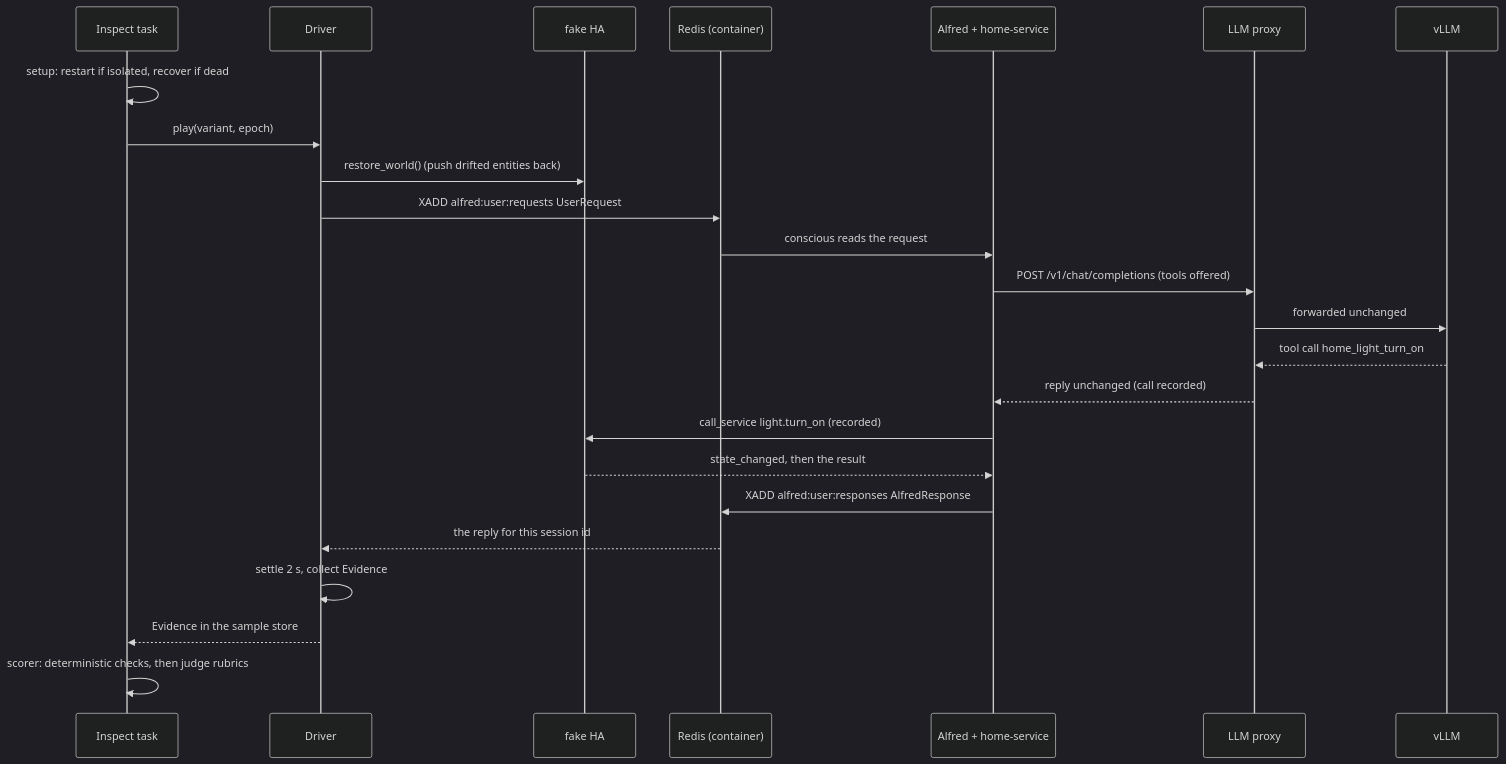
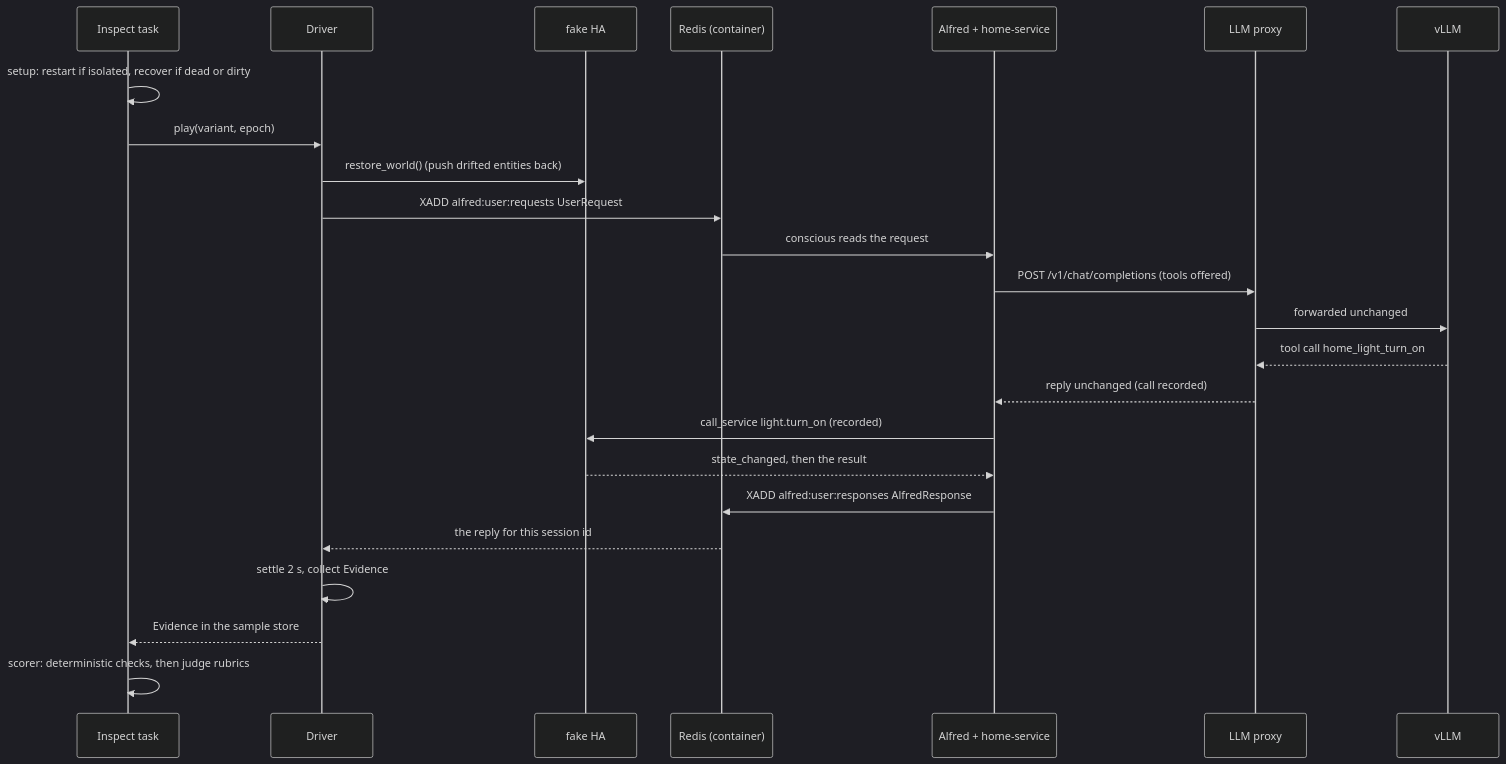
One commit to anirudhlath/alfred changed the second of 2 diagrams in docs/evals.md. Above: the diagram before and after it, drawn with Mermaid (dark theme). The commit also changed other lines of this file and 4 other files, not shown here.

First line of the commit message:
fix(evals): restart a stack a failed sample left dirty, and stop on a failed restart

````diff
--- a/docs/evals.md
+++ b/docs/evals.md
@@ -133,27 +143,27 @@
 ```mermaid
 sequenceDiagram
     participant T as Inspect task
     participant D as Driver
     participant H as fake HA
     participant R as Redis (container)
     participant A as Alfred + home-service
     participant P as LLM proxy
     participant V as vLLM
 
-    T->>T: setup: restart if isolated, recover if dead
+    T->>T: setup: restart if isolated, recover if dead or dirty
     T->>D: play(variant, epoch)
     D->>H: restore_world() (push drifted entities back)
     D->>R: XADD alfred:user:requests UserRequest
     R->>A: conscious reads the request
     A->>P: POST /v1/chat/completions (tools offered)
     P->>V: forwarded unchanged
     V-->>P: tool call home_light_turn_on
     P-->>A: reply unchanged (call recorded)
     A->>H: call_service light.turn_on (recorded)
     H-->>A: state_changed, then the result
     A->>R: XADD alfred:user:responses AlfredResponse
     R-->>D: the reply for this session id
     D->>D: settle 2 s, collect Evidence
     D-->>T: Evidence in the sample store
     T->>T: scorer: deterministic checks, then judge rubrics
 ```
````
